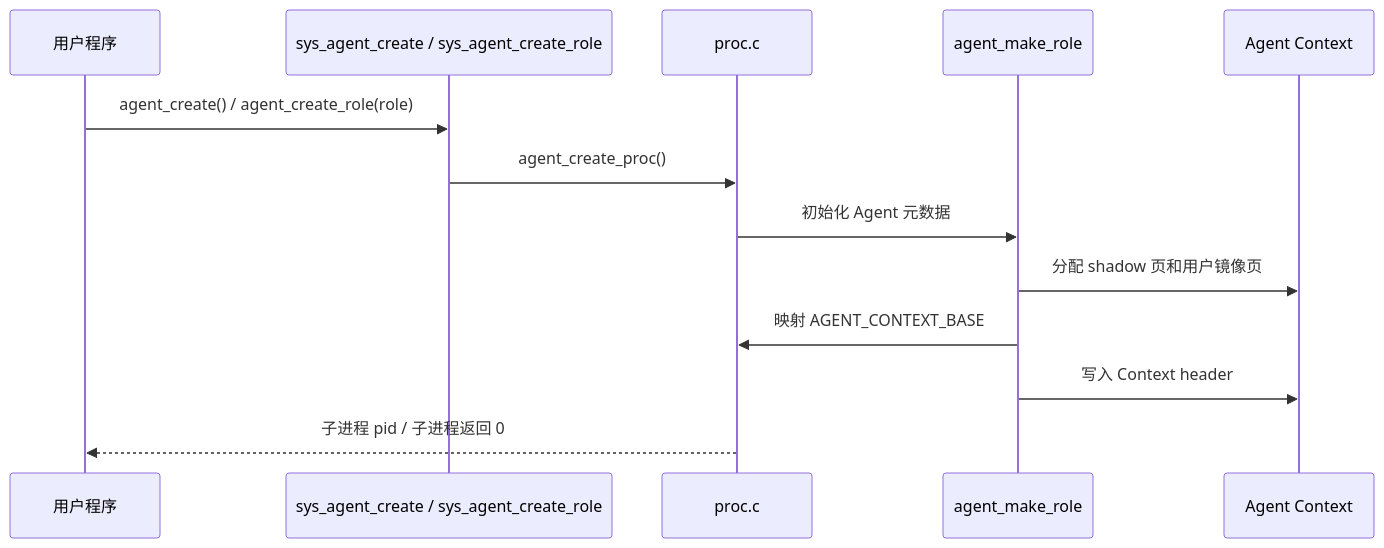
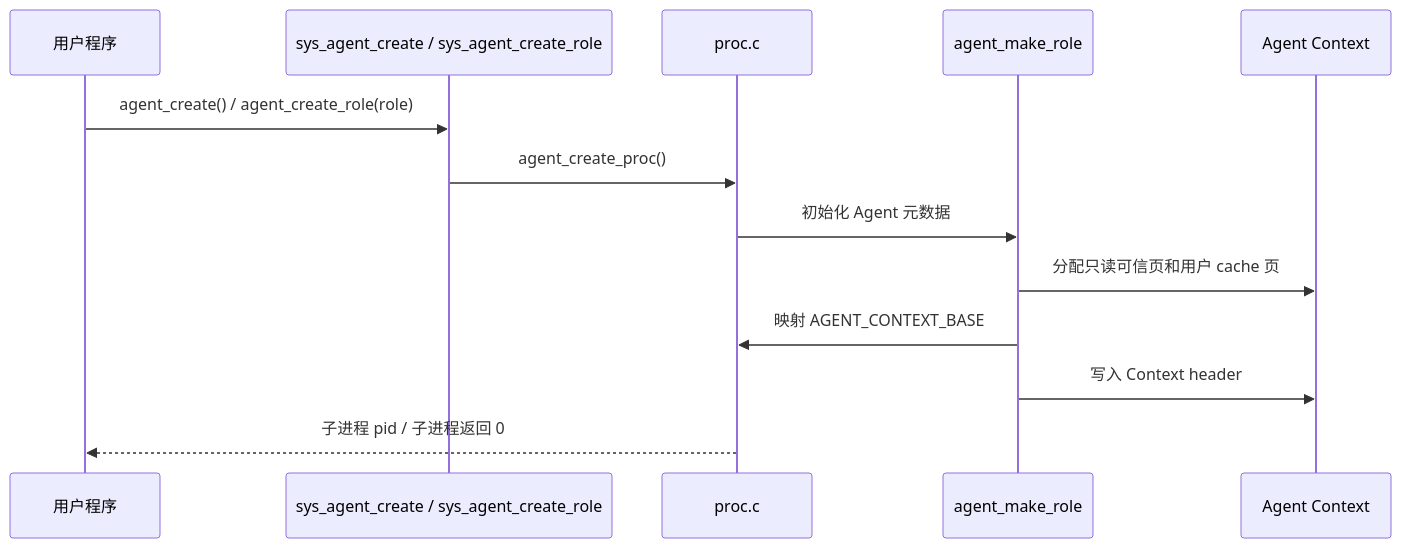
The third of 11 diagrams in docs/agentos/design.md (yushugulao/Agent-OS), drawn with Mermaid before and after one commit. The commit also changed other lines of this file and 185 other files, not shown here.

````diff
--- a/docs/agentos/design.md
+++ b/docs/agentos/design.md
@@ -230,15 +232,15 @@
 ```mermaid
 sequenceDiagram
     participant U as 用户程序
     participant S as sys_agent_create / sys_agent_create_role
     participant P as proc.c
     participant A as agent_make_role
     participant C as Agent Context
     U->>S: agent_create() / agent_create_role(role)
     S->>P: agent_create_proc()
     P->>A: 初始化 Agent 元数据
-    A->>C: 分配 shadow 页和用户镜像页
+    A->>C: 分配只读可信页和用户 cache 页
     A->>P: 映射 AGENT_CONTEXT_BASE
     A->>C: 写入 Context header
     P-->>U: 子进程 pid / 子进程返回 0
 ```
````
